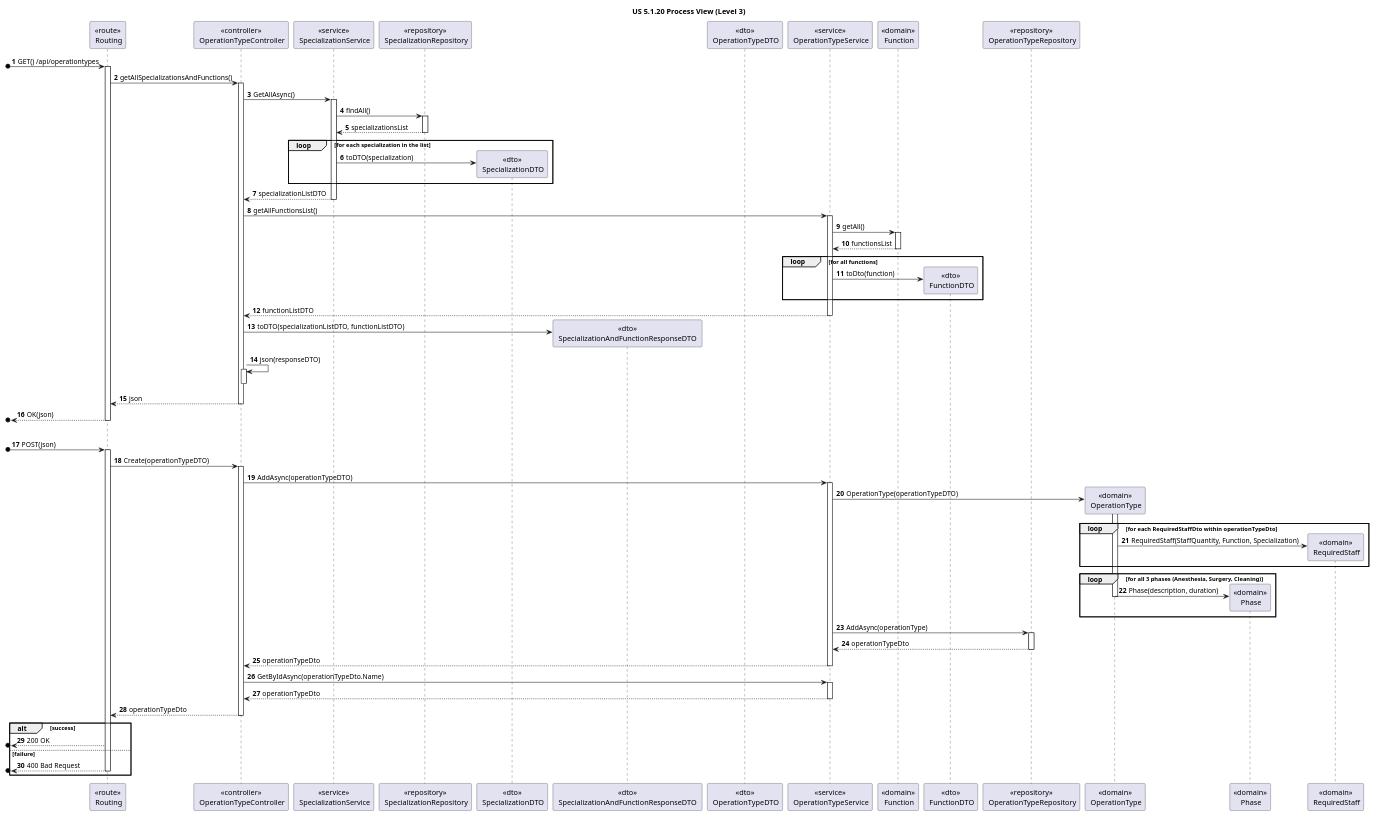
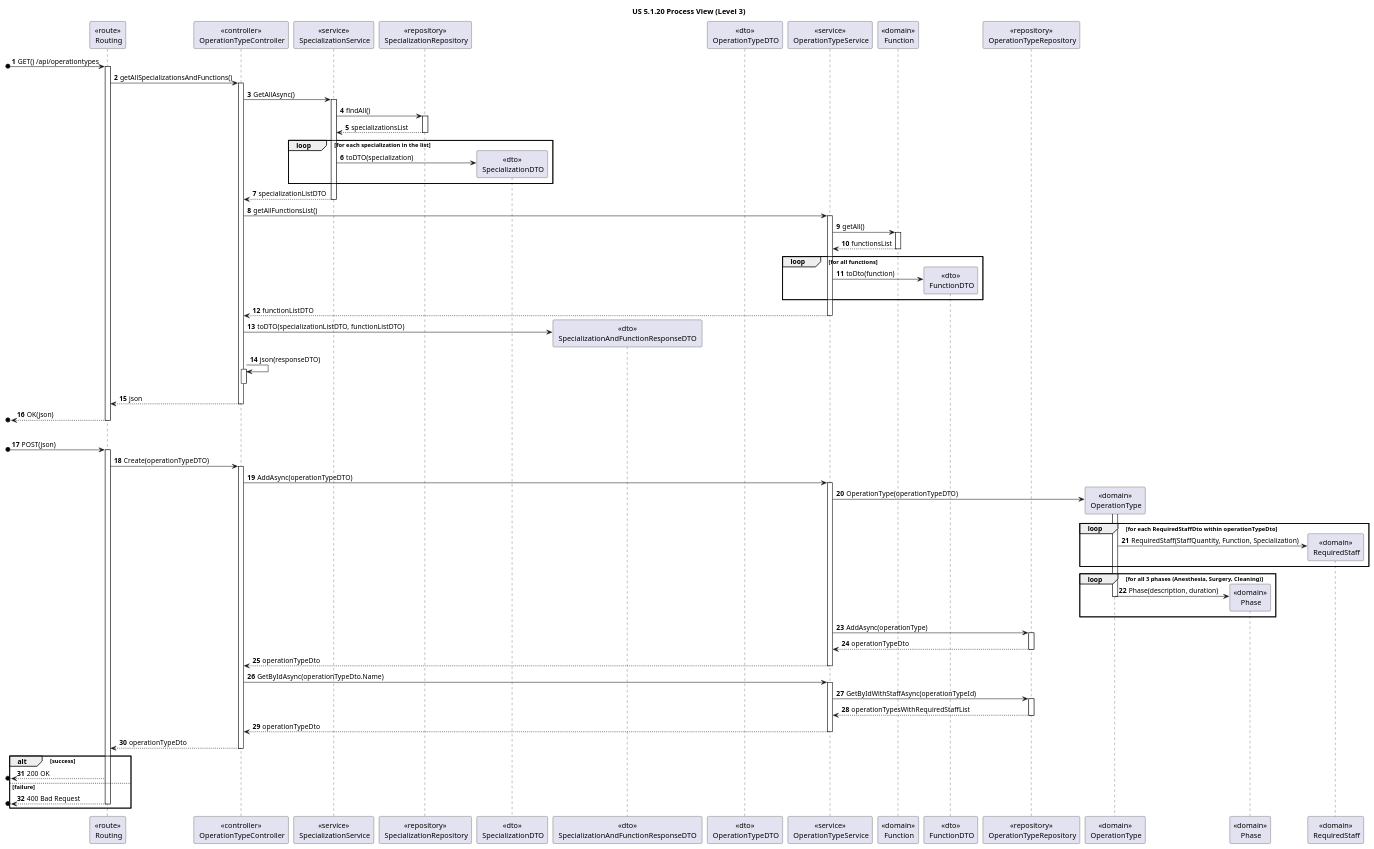
Before and after one commit to rita-barbosa/LAPR5-2425: the diagram in docs/sprint-1/1220683/us-5.1.20/diagrams/Process_View/Level-3/us20-process-view-level3.puml, drawn with PlantUML. The commit also changed 1 other file, not shown here.

```diff
--- a/docs/sprint-1/1220683/us-5.1.20/diagrams/Process_View/Level-3/us20-process-view-level3.puml
+++ b/docs/sprint-1/1220683/us-5.1.20/diagrams/Process_View/Level-3/us20-process-view-level3.puml
@@ -1,136 +1,141 @@
 @startuml
 'https://plantuml.com/sequence-diagram
 
 title US 5.1.20 Process View (Level 3)
 
 autonumber
 
 participant "<<route>>\n Routing" as ROUTE
 participant "<<controller>>\n OperationTypeController" as CONTROL
 
 participant "<<service>>\n SpecializationService" as SpecializationServ
 participant "<<repository>>\n SpecializationRepository" as SpecializationRepo
 participant "<<dto>>\n SpecializationDTO" as SpecializationDTO
 
 participant "<<dto>>\n SpecializationAndFunctionResponseDTO " as ResponseDTO
 
 participant "<<dto>>\n OperationTypeDTO" as OPTYDTO
 participant "<<service>>\n OperationTypeService" as OPTYServ
 participant "<<domain>>\n Function" as Function
 participant "<<dto>>\n FunctionDTO" as FunctionDTO
 
 participant "<<repository>>\n OperationTypeRepository" as OPTYRepo
 participant "<<domain>>\n OperationType" as OPTY
 
 participant "<<domain>>\n Phase" as PHASE
 participant "<<domain>>\n RequiredStaff" as STAFF
 
 
 [o-> ROUTE : GET() /api/operationtypes
 activate ROUTE
 
 ROUTE -> CONTROL : getAllSpecializationsAndFunctions()
 activate CONTROL
 
 CONTROL -> SpecializationServ : GetAllAsync()
 activate SpecializationServ
 
 SpecializationServ -> SpecializationRepo : findAll()
 activate SpecializationRepo
 
 SpecializationRepo --> SpecializationServ : specializationsList
 deactivate SpecializationRepo
 
 loop for each specialization in the list
 
 SpecializationServ -> SpecializationDTO ** : toDTO(specialization)
 end loop
 
 SpecializationServ --> CONTROL : specializationListDTO
 deactivate SpecializationServ
 
 CONTROL -> OPTYServ : getAllFunctionsList()
 activate OPTYServ
 
 OPTYServ -> Function : getAll()
 activate Function
 
 Function --> OPTYServ : functionsList
 deactivate Function
 
 loop for all functions
 OPTYServ -> FunctionDTO** : toDto(function)
 end loop
 
 OPTYServ --> CONTROL : functionListDTO
 deactivate OPTYServ
 
 CONTROL -> ResponseDTO ** : toDTO(specializationListDTO, functionListDTO)
 
 CONTROL -> CONTROL : json(responseDTO)
 activate CONTROL
 deactivate CONTROL
 
 CONTROL --> ROUTE : json
 deactivate CONTROL
 
 [o<-- ROUTE : OK(json)
 deactivate ROUTE
 
 |||
 
 'probably json
 [o-> ROUTE : POST(json)
 activate ROUTE
 
 ROUTE -> CONTROL : Create(operationTypeDTO)
 activate CONTROL
 
 CONTROL -> OPTYServ : AddAsync(operationTypeDTO)
 activate OPTYServ
 
 
 OPTYServ -> OPTY ** : OperationType(operationTypeDTO)
 activate OPTY
 
 loop for each RequiredStaffDto within operationTypeDto
 
 OPTY -> STAFF ** : RequiredStaff(StaffQuantity, Function, Specialization)
 end loop
 
 loop for all 3 phases (Anesthesia, Surgery, Cleaning)
 
 OPTY -> PHASE ** : Phase(description, duration)
 deactivate OPTY
 end loop
 
 OPTYServ -> OPTYRepo : AddAsync(operationType)
 activate OPTYRepo
 
 OPTYRepo --> OPTYServ : operationTypeDto
 deactivate OPTYRepo
 
 OPTYServ --> CONTROL : operationTypeDto
 deactivate OPTYServ
 
 CONTROL -> OPTYServ : GetByIdAsync(operationTypeDto.Name)
+activate OPTYServ
 
-activate OPTYServ
+OPTYServ -> OPTYRepo : GetByIdWithStaffAsync(operationTypeId)
+activate OPTYRepo
+
+OPTYRepo --> OPTYServ : operationTypesWithRequiredStaffList
+deactivate OPTYRepo
 
 OPTYServ --> CONTROL : operationTypeDto
 deactivate OPTYServ
 
 CONTROL --> ROUTE : operationTypeDto
 deactivate CONTROL
 
 alt success
 [o<-- ROUTE : 200 OK
 
 else failure
 
 [o<-- ROUTE : 400 Bad Request
 deactivate ROUTE
 end alt
 
 
 @enduml
```
